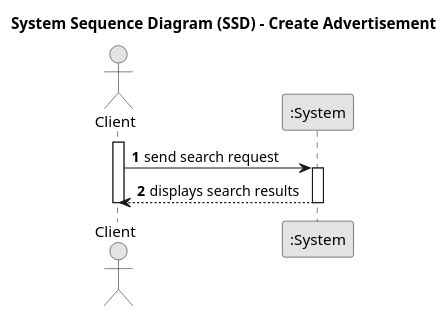
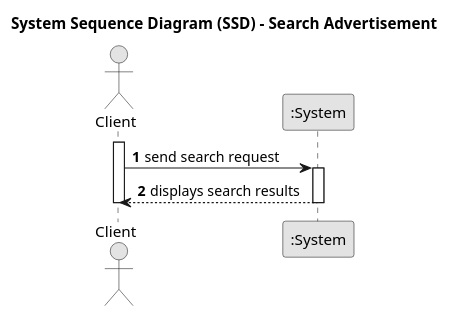
One commit to vivianeaalmeida/ComeAndGet changed the diagram in Docs/US12/01-requirements-engineering/US12-SSD.puml. Above: the diagram before and after it, drawn with PlantUML. The commit also changed 23 other files, not shown here.

```diff
--- a/Docs/US12/01-requirements-engineering/US12-SSD.puml
+++ b/Docs/US12/01-requirements-engineering/US12-SSD.puml
@@ -1,23 +1,23 @@
 @startuml
 skinparam monochrome true
 skinparam packageStyle rectangle
 skinparam shadowing false
 
-title System Sequence Diagram (SSD) - Create Advertisement
+title System Sequence Diagram (SSD) - Search Advertisement
 
 autonumber
 
 actor "Client" as Client
 participant ":System" as System
 
 activate Client
 
     Client -> System : send search request
         activate System
 
     'verificar se vai ser feito busca por listas e etc. Caso seja, adicionar.
     System --> Client : displays search results
         deactivate System
 
 deactivate Client
 @enduml
```
